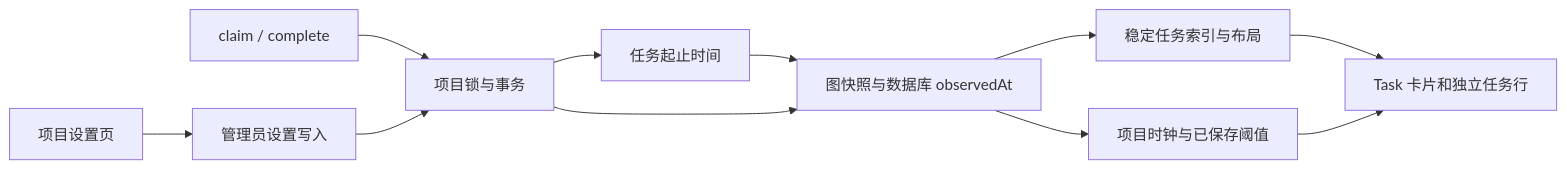
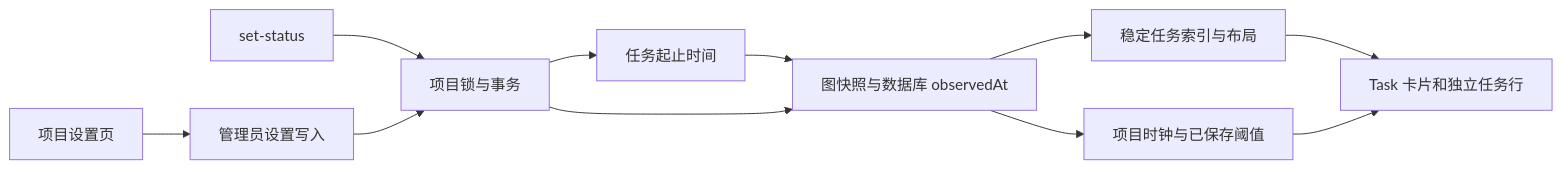
Before and after one commit to codetreker/day-night: the diagram in docs/design/daynight-task-timing.md, drawn with Mermaid. The commit also changed other lines of this file and 229 other files, not shown here.

````diff
--- a/docs/design/daynight-task-timing.md
+++ b/docs/design/daynight-task-timing.md
@@ -21,13 +21,13 @@
 ```mermaid
 flowchart LR
-  Action[claim / complete] --> Tx[项目锁与事务]
+  Action[set-status] --> Tx[项目锁与事务]
   Tx --> Timing[任务起止时间]
   Admin[项目设置页] --> Settings[管理员设置写入]
   Settings --> Tx
   Timing --> Snapshot[图快照与数据库 observedAt]
   Tx --> Snapshot
   Snapshot --> Stable[稳定任务索引与布局]
   Snapshot --> Clock[项目时钟与已保存阈值]
   Stable --> Cards[Task 卡片和独立任务行]
   Clock --> Cards
 ```
````
